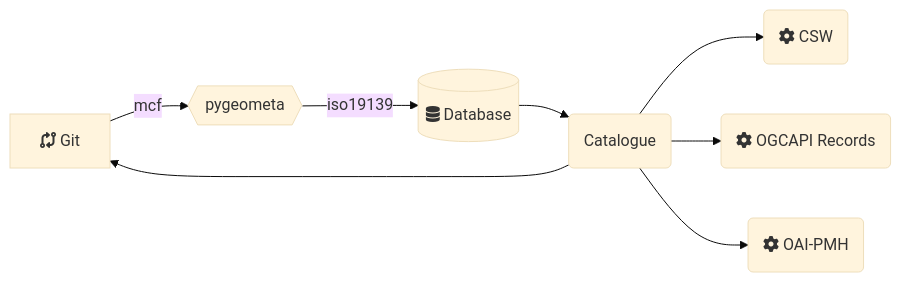
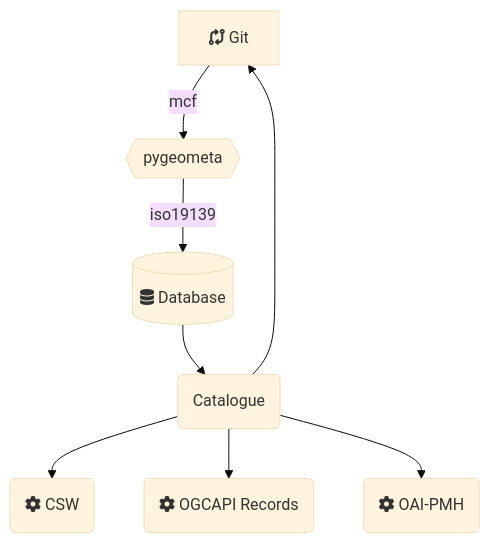
The third of 3 diagrams in slides/intro-crawler-mcf-pycsw.qmd (pvgenuchten/slides), drawn with Mermaid (base theme) before and after one commit. The commit also changed other lines of this file, not shown here.

````diff
--- a/slides/intro-crawler-mcf-pycsw.qmd
+++ b/slides/intro-crawler-mcf-pycsw.qmd
@@ -89,10 +86,10 @@
 ```{mermaid}
-flowchart LR
+flowchart TB
     G[fa:fa-code-compare Git] -->|mcf| CI{{pygeometa}} 
     CI -->|iso19139| DB[(fa:fa-database Database)]
     DB --> C(Catalogue)
     C --> G
     C --> CSW(fa:fa-gear CSW)
     C --> OAR(fa:fa-gear OGCAPI Records)
     C --> OAI(fa:fa-gear OAI-PMH)
 ```
````
